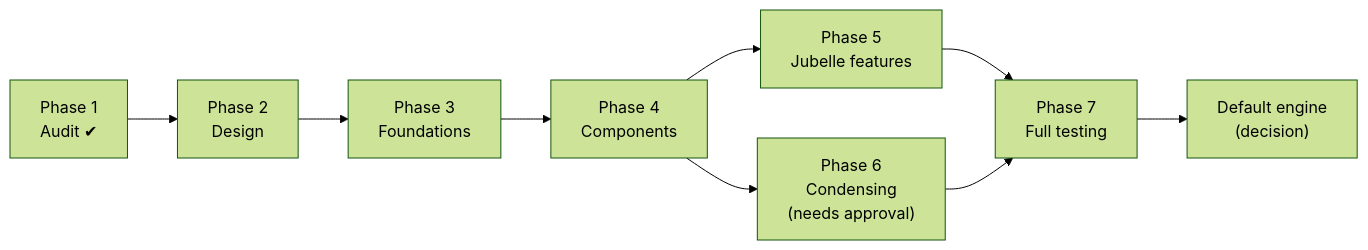
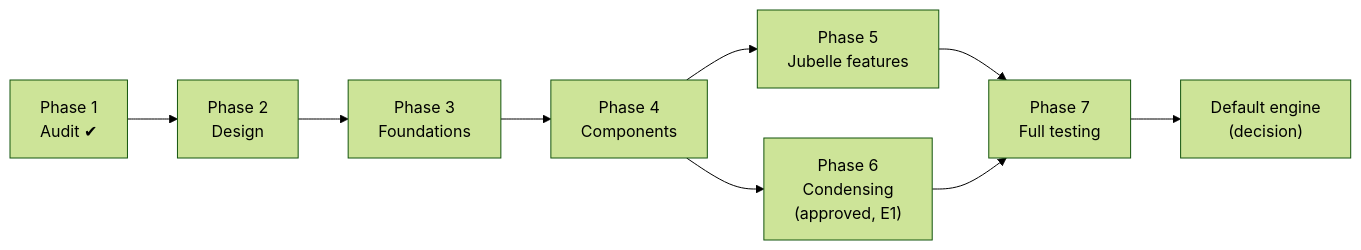
The diagram in jubelle_engine/docs/06_roadmap_and_testing.md (nlinemusic/stavelle), drawn with Mermaid (forest theme) before and after one commit. The commit also changed other lines of this file and 6 other files, not shown here.

````diff
--- a/jubelle_engine/docs/06_roadmap_and_testing.md
+++ b/jubelle_engine/docs/06_roadmap_and_testing.md
@@ -7,11 +10,11 @@
 ```mermaid
 flowchart LR
     P1["Phase 1\nAudit ✔"] --> P2["Phase 2\nDesign"]
     P2 --> P3["Phase 3\nFoundations"]
     P3 --> P4["Phase 4\nComponents"]
     P4 --> P5["Phase 5\nJubelle features"]
-    P4 --> P6["Phase 6\nCondensing\n(needs approval)"]
+    P4 --> P6["Phase 6\nCondensing\n(approved, E1)"]
     P5 --> P7["Phase 7\nFull testing"]
     P6 --> P7
     P7 --> D["Default engine\n(decision)"]
 ```
````
